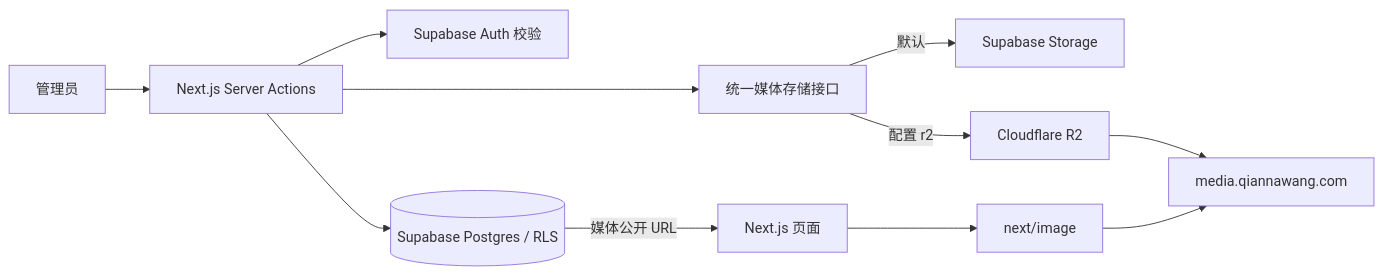
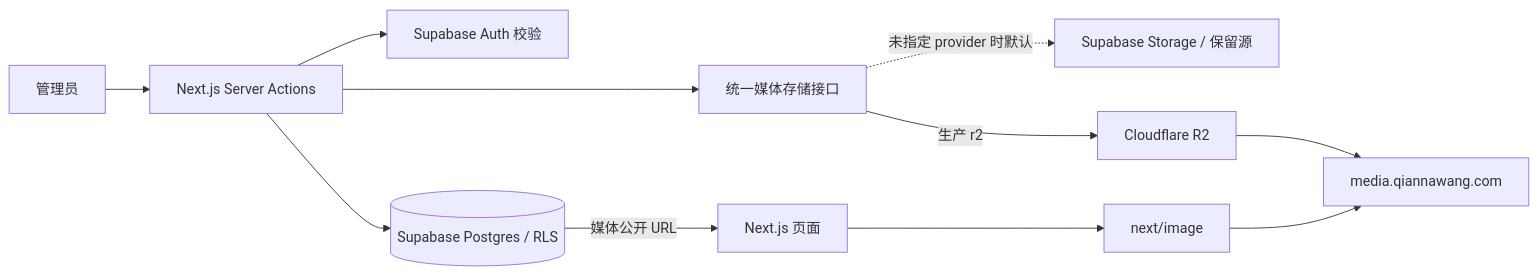
Before and after one commit to 24205345/qianna-website: the diagram in docs/exec-cloudflare-r2-2026-10-09.md, drawn with Mermaid. The commit also changed other lines of this file and 49 other files, not shown here.

````diff
--- a/docs/exec-cloudflare-r2-2026-10-09.md
+++ b/docs/exec-cloudflare-r2-2026-10-09.md
@@ -13,13 +13,13 @@
 ```mermaid
 flowchart LR
   Admin[管理员] --> Actions[Next.js Server Actions]
   Actions --> Auth[Supabase Auth 校验]
   Actions --> Adapter[统一媒体存储接口]
-  Adapter -->|默认| Storage[Supabase Storage]
-  Adapter -->|配置 r2| R2[Cloudflare R2]
+  Adapter -.->|未指定 provider 时默认| Storage[Supabase Storage / 保留源]
+  Adapter -->|生产 r2| R2[Cloudflare R2]
   Actions --> DB[(Supabase Postgres / RLS)]
   DB -->|媒体公开 URL| Pages[Next.js 页面]
   R2 --> Domain[media.qiannawang.com]
   Pages --> Optimizer[next/image]
   Optimizer --> Domain
 ```
````
